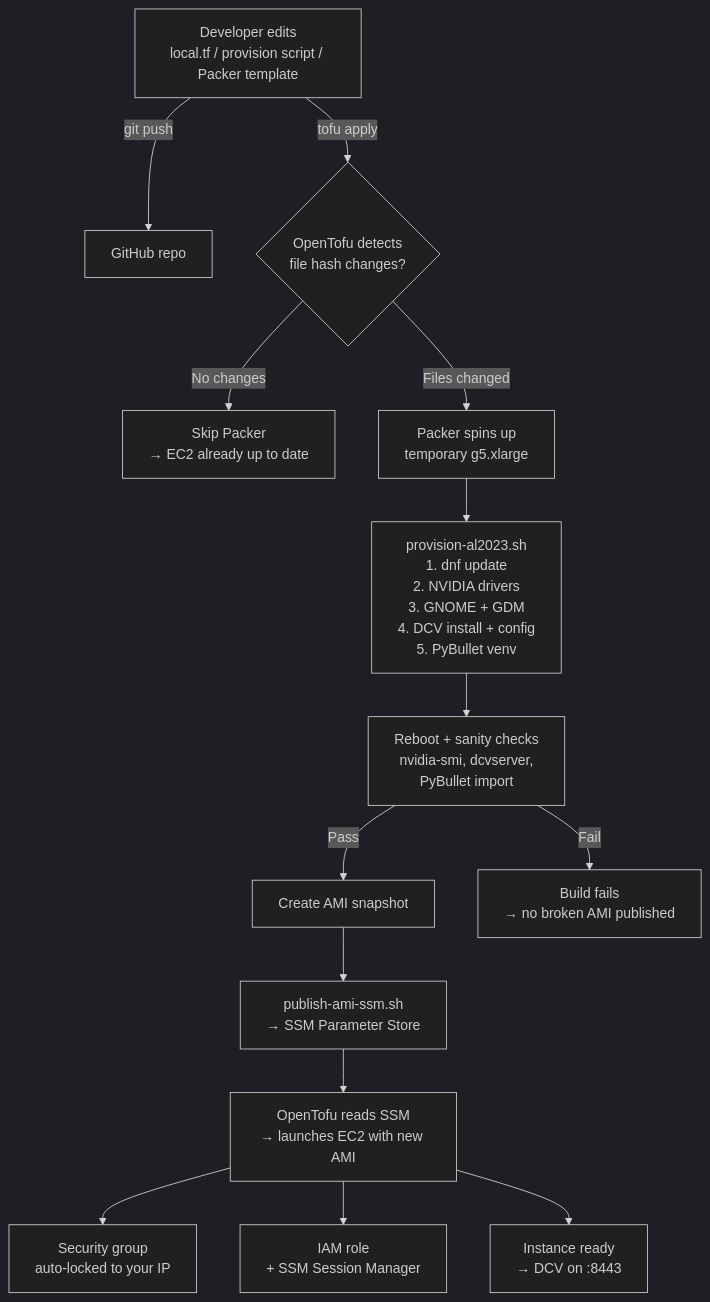
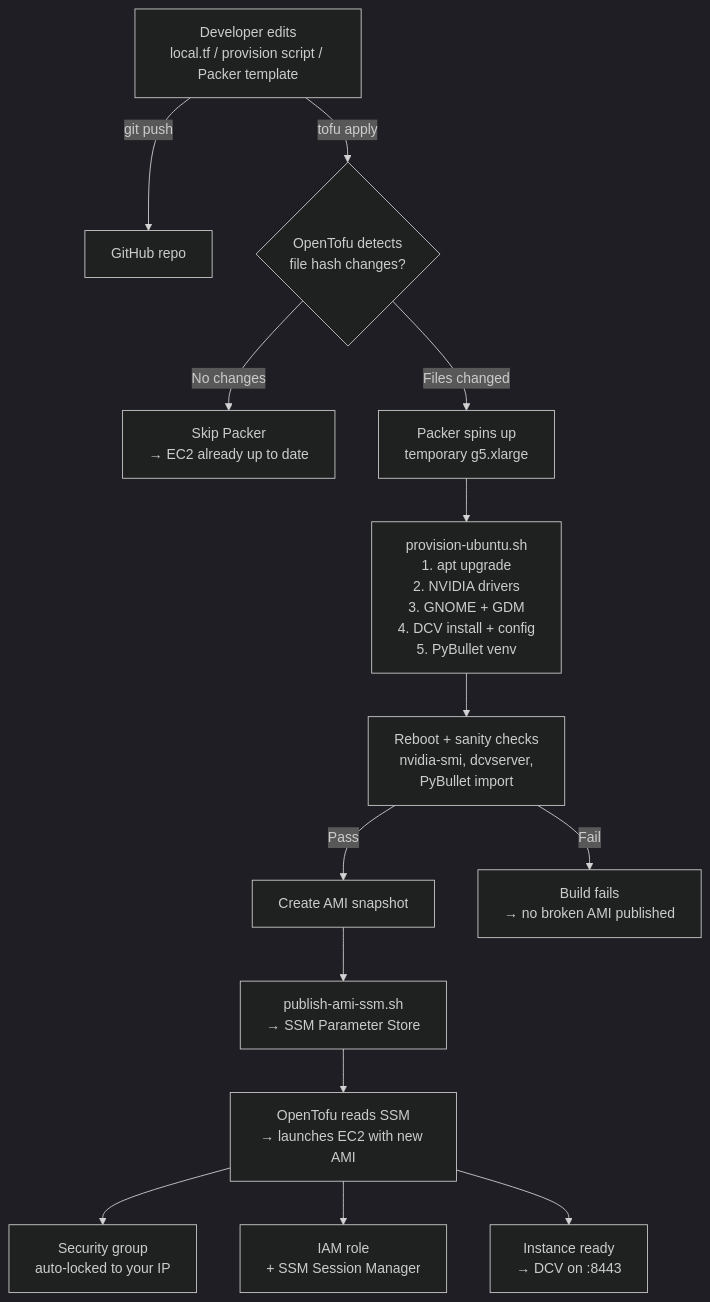
The third of 4 diagrams in README.md (rubencg195/aws-pybullet-environment), drawn with Mermaid (dark theme) before and after one commit. The commit also changed other lines of this file and 6 other files, not shown here.

First line of the commit message:
Phase 1: Ubuntu 24.04 LTS migration (build pending)

````diff
--- a/README.md
+++ b/README.md
@@ -55,21 +55,21 @@
 ```mermaid
 flowchart TD
   DEV["Developer edits\nlocal.tf / provision script / Packer template"]
   DEV -->|"git push"| REPO["GitHub repo"]
   DEV -->|"tofu apply"| PLAN{"OpenTofu detects\nfile hash changes?"}
 
   PLAN -->|No changes| SKIP["Skip Packer\n→ EC2 already up to date"]
   PLAN -->|Files changed| BUILD["Packer spins up\ntemporary g5.xlarge"]
 
-  BUILD --> PROVISION["provision-al2023.sh\n1. dnf update\n2. NVIDIA drivers\n3. GNOME + GDM\n4. DCV install + config\n5. PyBullet venv"]
+  BUILD --> PROVISION["provision-ubuntu.sh\n1. apt upgrade\n2. NVIDIA drivers\n3. GNOME + GDM\n4. DCV install + config\n5. PyBullet venv"]
   PROVISION --> REBOOT["Reboot + sanity checks\nnvidia-smi, dcvserver,\nPyBullet import"]
   REBOOT -->|Pass| SNAPSHOT["Create AMI snapshot"]
   REBOOT -->|Fail| ABORT["Build fails\n→ no broken AMI published"]
 
   SNAPSHOT --> PUBLISH["publish-ami-ssm.sh\n→ SSM Parameter Store"]
   PUBLISH --> DEPLOY["OpenTofu reads SSM\n→ launches EC2 with new AMI"]
 
   DEPLOY --> SG["Security group\nauto-locked to your IP"]
   DEPLOY --> IAM["IAM role\n+ SSM Session Manager"]
   DEPLOY --> LIVE["Instance ready\n→ DCV on :8443"]
 ```
````
